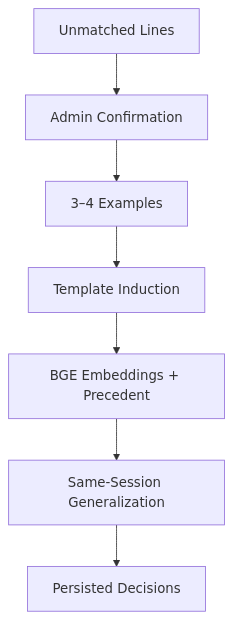
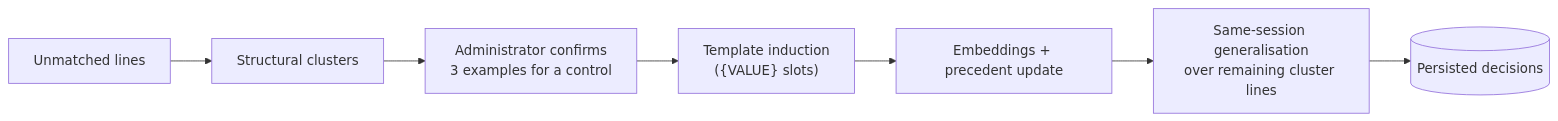
One commit to Krithi777/Multi-Vendor-Network-Compliance-Auditor changed the third of 3 diagrams in README.md. Above: the diagram before and after it, drawn with Mermaid. The commit also changed other lines of this file, not shown here.

````diff
--- a/README.md
+++ b/README.md
@@ -109,9 +361,9 @@
 ```mermaid
-flowchart TD
-    A[Unmatched Lines] --> B[Admin Confirmation]
-    B --> C[3–4 Examples]
-    C --> D[Template Induction]
-    D --> E[BGE Embeddings + Precedent]
-    E --> F[Same-Session Generalization]
-    F --> G[Persisted Decisions]
+flowchart LR
+    A["Unmatched lines"] --> B["Structural clusters"]
+    B --> C["Administrator confirms<br/>3 examples for a control"]
+    C --> D["Template induction<br/>({VALUE} slots)"]
+    D --> E["Embeddings + precedent update"]
+    E --> F["Same-session generalisation<br/>over remaining cluster lines"]
+    F --> G[("Persisted decisions")]
 ```
````
